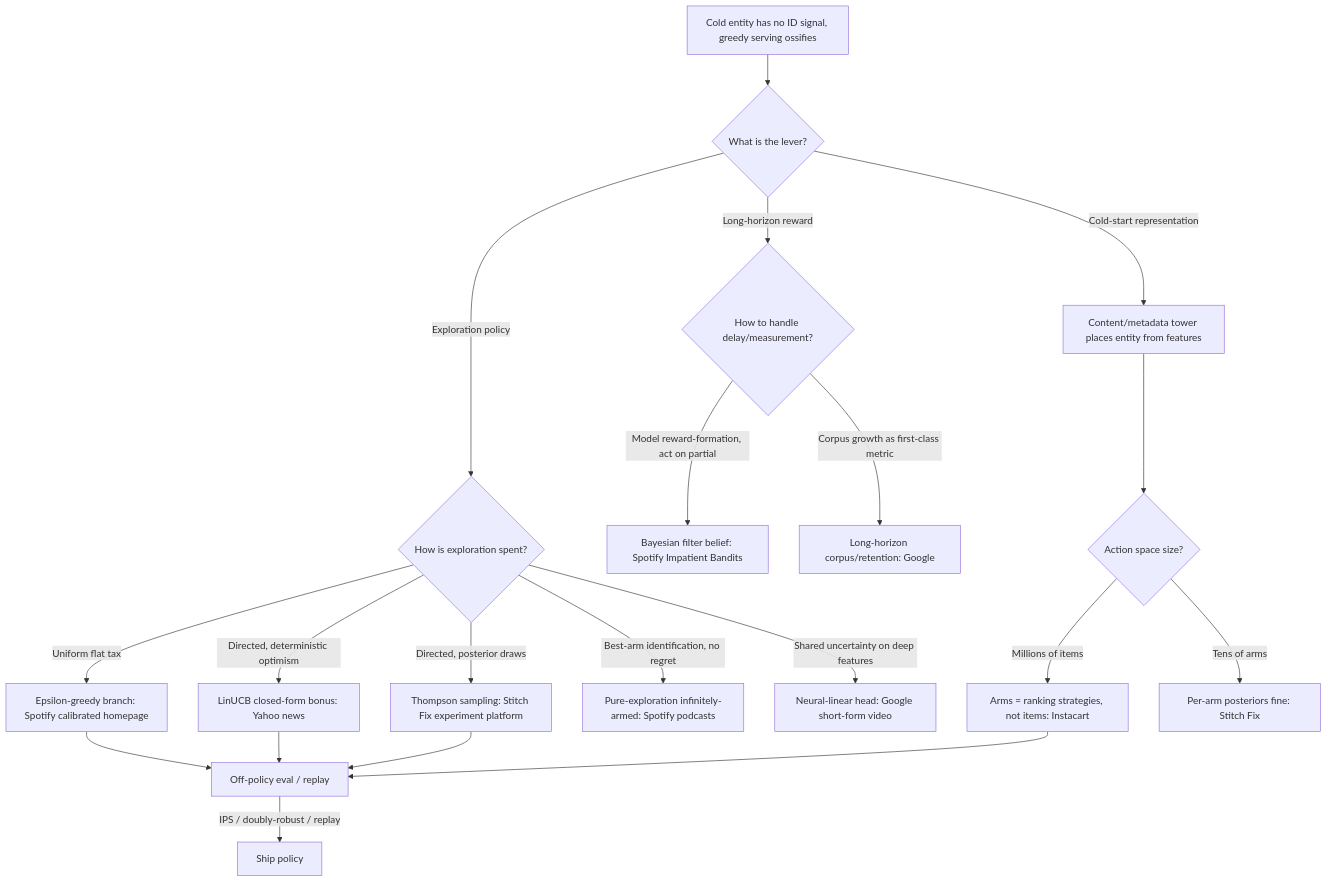
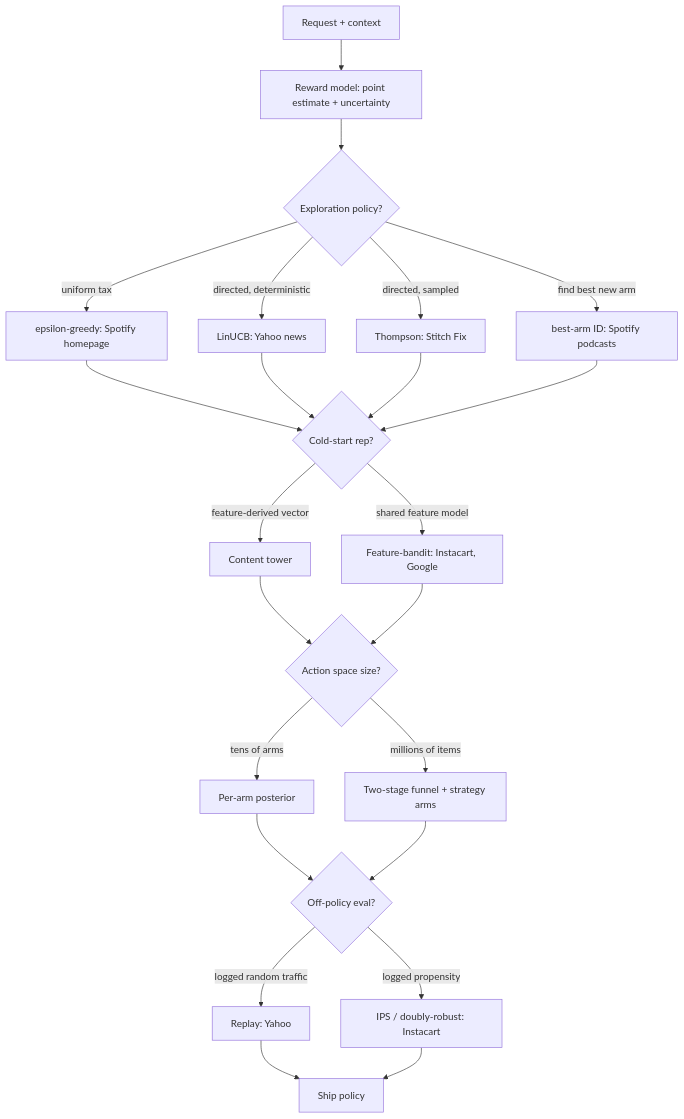
Diagram 17 of 36 in CASE-STUDIES.md (neurarch-ai/awesome-ml-system-design), drawn with Mermaid before and after one commit. The commit also changed other lines of this file, not shown here.

First line of the commit message:
CASE-STUDIES: make the similarities/differences layer visual-first

````diff
--- a/CASE-STUDIES.md
+++ b/CASE-STUDIES.md
@@ -452,26 +665,25 @@
 ```mermaid
 flowchart TD
-  SPINE[Cold entity has no ID signal, greedy serving ossifies] --> Q1{What is the lever?}
-  Q1 -->|Cold-start representation| CT[Content/metadata tower places entity from features]
-  Q1 -->|Exploration policy| Q2{How is exploration spent?}
-  Q1 -->|Long-horizon reward| Q3{How to handle delay/measurement?}
-
-  Q2 -->|Uniform flat tax| EG[Epsilon-greedy branch: Spotify calibrated homepage]
-  Q2 -->|Directed, deterministic optimism| UCB[LinUCB closed-form bonus: Yahoo news]
-  Q2 -->|Directed, posterior draws| TS[Thompson sampling: Stitch Fix experiment platform]
-  Q2 -->|Best-arm identification, no regret| PE[Pure-exploration infinitely-armed: Spotify podcasts]
-  Q2 -->|Shared uncertainty on deep features| NL[Neural-linear head: Google short-form video]
-
-  Q3 -->|Model reward-formation, act on partial| IB[Bayesian filter belief: Spotify Impatient Bandits]
-  Q3 -->|Corpus growth as first-class metric| CG[Long-horizon corpus/retention: Google]
-
-  CT --> Q4{Action space size?}
-  Q4 -->|Millions of items| STRAT[Arms = ranking strategies, not items: Instacart]
-  Q4 -->|Tens of arms| SMALL[Per-arm posteriors fine: Stitch Fix]
-
-  EG --> OPE[Off-policy eval / replay]
-  UCB --> OPE
-  TS --> OPE
-  STRAT --> OPE
-  OPE -->|IPS / doubly-robust / replay| SHIP[Ship policy]
+  REQ[Request + context] --> RANK[Reward model: point estimate + uncertainty]
+  RANK --> D1{Exploration policy?}
+  D1 -->|uniform tax| EPS[epsilon-greedy: Spotify homepage]
+  D1 -->|directed, deterministic| UCB[LinUCB: Yahoo news]
+  D1 -->|directed, sampled| TS[Thompson: Stitch Fix]
+  D1 -->|find best new arm| BEST[best-arm ID: Spotify podcasts]
+  EPS --> D2{Cold-start rep?}
+  UCB --> D2
+  TS --> D2
+  BEST --> D2
+  D2 -->|feature-derived vector| CT[Content tower]
+  D2 -->|shared feature model| FB[Feature-bandit: Instacart, Google]
+  CT --> D3{Action space size?}
+  FB --> D3
+  D3 -->|tens of arms| SMALL[Per-arm posterior]
+  D3 -->|millions of items| FUNNEL[Two-stage funnel + strategy arms]
+  SMALL --> D4{Off-policy eval?}
+  FUNNEL --> D4
+  D4 -->|logged random traffic| REPLAY[Replay: Yahoo]
+  D4 -->|logged propensity| IPS[IPS / doubly-robust: Instacart]
+  REPLAY --> SHIP[Ship policy]
+  IPS --> SHIP
 ```
````
